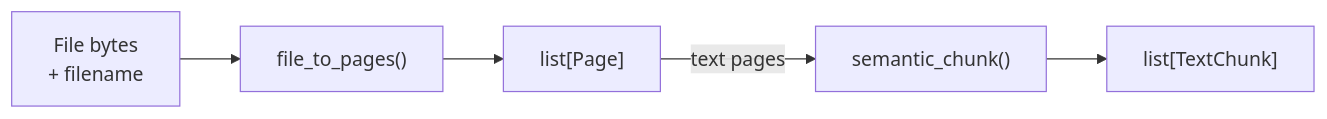
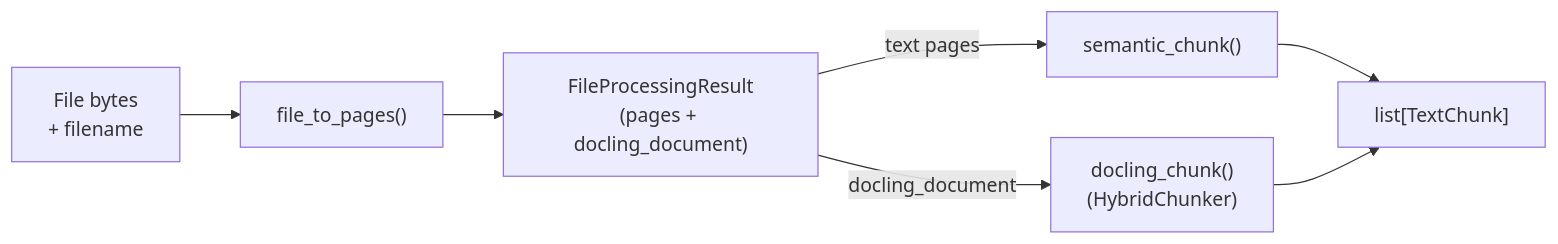
The diagram in docs/ingestion/file-processing.md (dollro/spektr), drawn with Mermaid before and after one commit. The commit also changed other lines of this file and 24 other files, not shown here.

````diff
--- a/docs/ingestion/file-processing.md
+++ b/docs/ingestion/file-processing.md
@@ -9,7 +9,9 @@
 ```mermaid
 flowchart LR
     Bytes["File bytes\n+ filename"] --> FTP["file_to_pages()"]
-    FTP --> Pages["list[Page]"]
-    Pages -->|text pages| SC["semantic_chunk()"]
+    FTP --> Result["FileProcessingResult\n(pages + docling_document)"]
+    Result -->|text pages| SC["semantic_chunk()"]
+    Result -->|docling_document| HC["docling_chunk()\n(HybridChunker)"]
     SC --> Chunks["list[TextChunk]"]
+    HC --> Chunks
 ```
````
